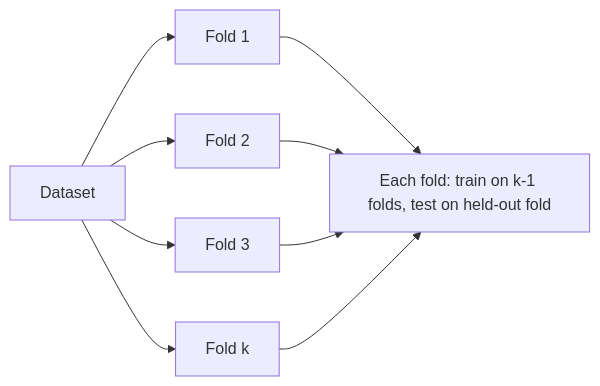
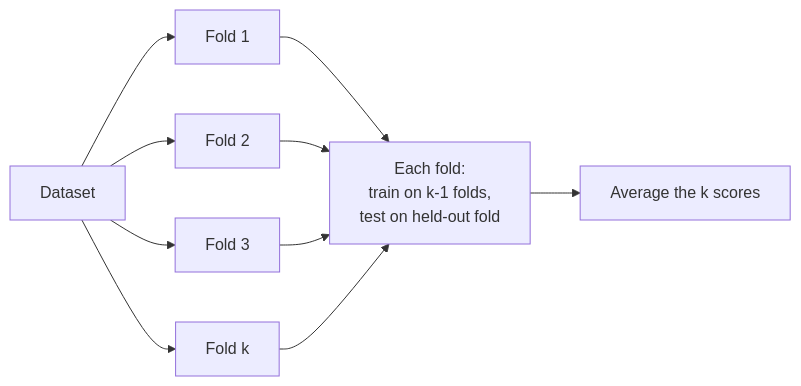
The diagram in markdown-ml/unit3/3.md (SureshAmal/learnmaker), drawn with Mermaid before and after one commit. The commit also changed other lines of this file and 668 other files, not shown here.

````diff
--- a/markdown-ml/unit3/3.md
+++ b/markdown-ml/unit3/3.md
@@ -8,11 +8,12 @@
 ```mermaid
 flowchart LR
     D["Dataset"] --> F1["Fold 1"]
     D --> F2["Fold 2"]
     D --> F3["Fold 3"]
     D --> Fk["Fold k"]
-    F1 --> T["Each fold: train on k-1 folds, test on held-out fold"]
+    F1 --> T["Each fold:<br/>train on k-1 folds,<br/>test on held-out fold"]
     F2 --> T
     F3 --> T
     Fk --> T
+    T --> A["Average the k scores"]
 ```
````
